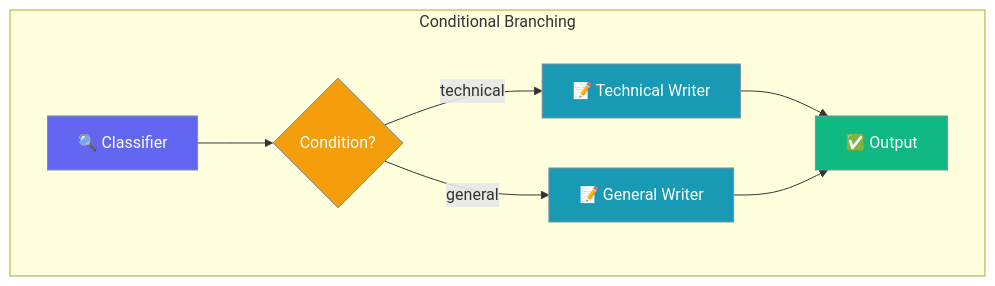
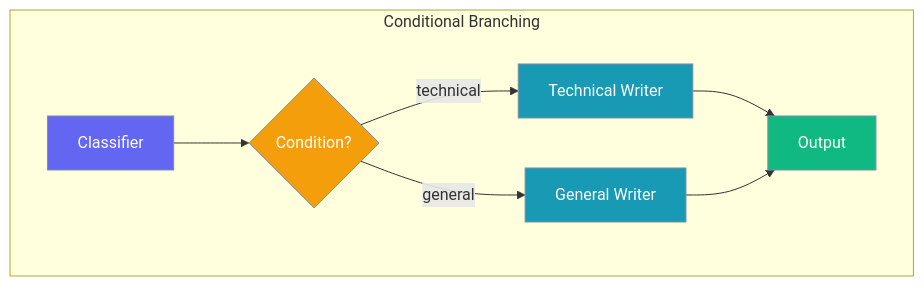
The third of 5 diagrams in docs/concepts/agentflow.mdx (MervinPraison/PraisonAIDocs), drawn with Mermaid before and after one commit. The commit also changed other lines of this file, not shown here.

Commit message:
Fix Mermaid diagrams: remove emojis for better rendering

````diff
--- a/docs/concepts/agentflow.mdx
+++ b/docs/concepts/agentflow.mdx
@@ -147,16 +147,16 @@
 ```mermaid
 flowchart TB
     subgraph Conditional["Conditional Branching"]
-        A["🔍 Classifier"] --> B{Condition?}
-        B -->|"technical"| C["📝 Technical Writer"]
-        B -->|"general"| D["📝 General Writer"]
-        C --> E["✅ Output"]
+        A["Classifier"] --> B{Condition?}
+        B -->|"technical"| C["Technical Writer"]
+        B -->|"general"| D["General Writer"]
+        C --> E["Output"]
         D --> E
     end
     
     style A fill:#6366F1,stroke:#7C90A0,color:#fff
     style B fill:#F59E0B,stroke:#7C90A0,color:#fff
     style C fill:#189AB4,stroke:#7C90A0,color:#fff
     style D fill:#189AB4,stroke:#7C90A0,color:#fff
     style E fill:#10B981,stroke:#7C90A0,color:#fff
 ```
````
